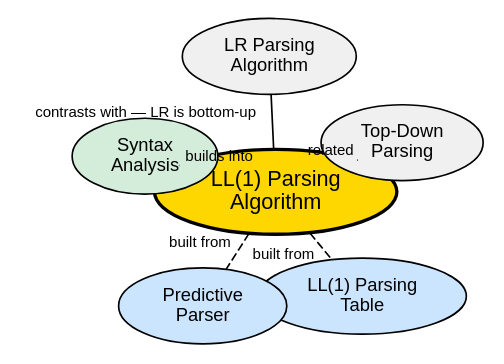
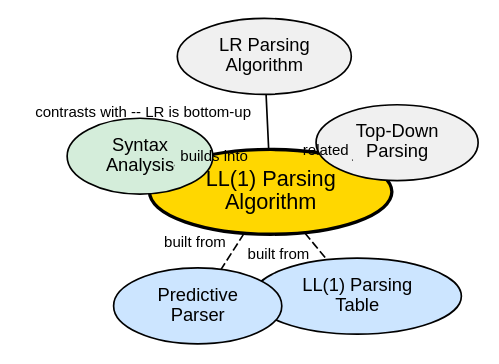
The second of 2 diagrams in content/wiki/compilerdesign/ll1-parsing-algorithm.md (animishraa05/animishraa05.github.io), drawn with Graphviz before and after one commit. The commit also changed other lines of this file and 1221 other files, not shown here.

````diff
--- a/content/wiki/compilerdesign/ll1-parsing-algorithm.md
+++ b/content/wiki/compilerdesign/ll1-parsing-algorithm.md
@@ -49,20 +49,20 @@
 ```dot
 graph semantic_ll1_algo {
   layout=neato
   node [shape=ellipse fontname="Helvetica" fontsize=11 style=filled]
   edge [fontname="Helvetica" fontsize=9]
 
   THIS [label="LL(1) Parsing\nAlgorithm" fillcolor="#ffd700" fontsize=13 style="filled,bold"]
   PRE1 [label="LL(1) Parsing\nTable" fillcolor="#cce5ff"]
   PRE2 [label="Predictive\nParser" fillcolor="#cce5ff"]
   OUT1 [label="Syntax\nAnalysis" fillcolor="#d4edda"]
   REL1 [label="Top-Down\nParsing" fillcolor="#f0f0f0"]
   REL2 [label="LR Parsing\nAlgorithm" fillcolor="#f0f0f0"]
 
   THIS -- PRE1 [label="built from" style=dashed]
   THIS -- PRE2 [label="built from" style=dashed]
   THIS -- OUT1 [label="builds into"]
   THIS -- REL1 [label="related"]
-  THIS -- REL2 [label="contrasts with — LR is bottom-up"]
+  THIS -- REL2 [label="contrasts with -- LR is bottom-up"]
 }
 ```
````
